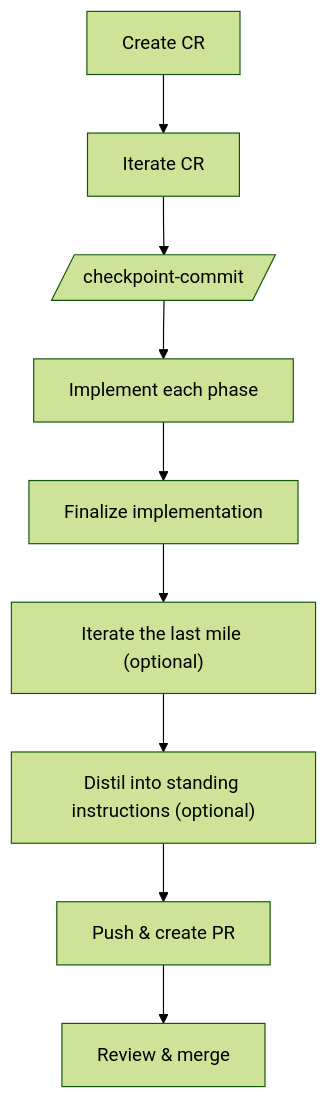
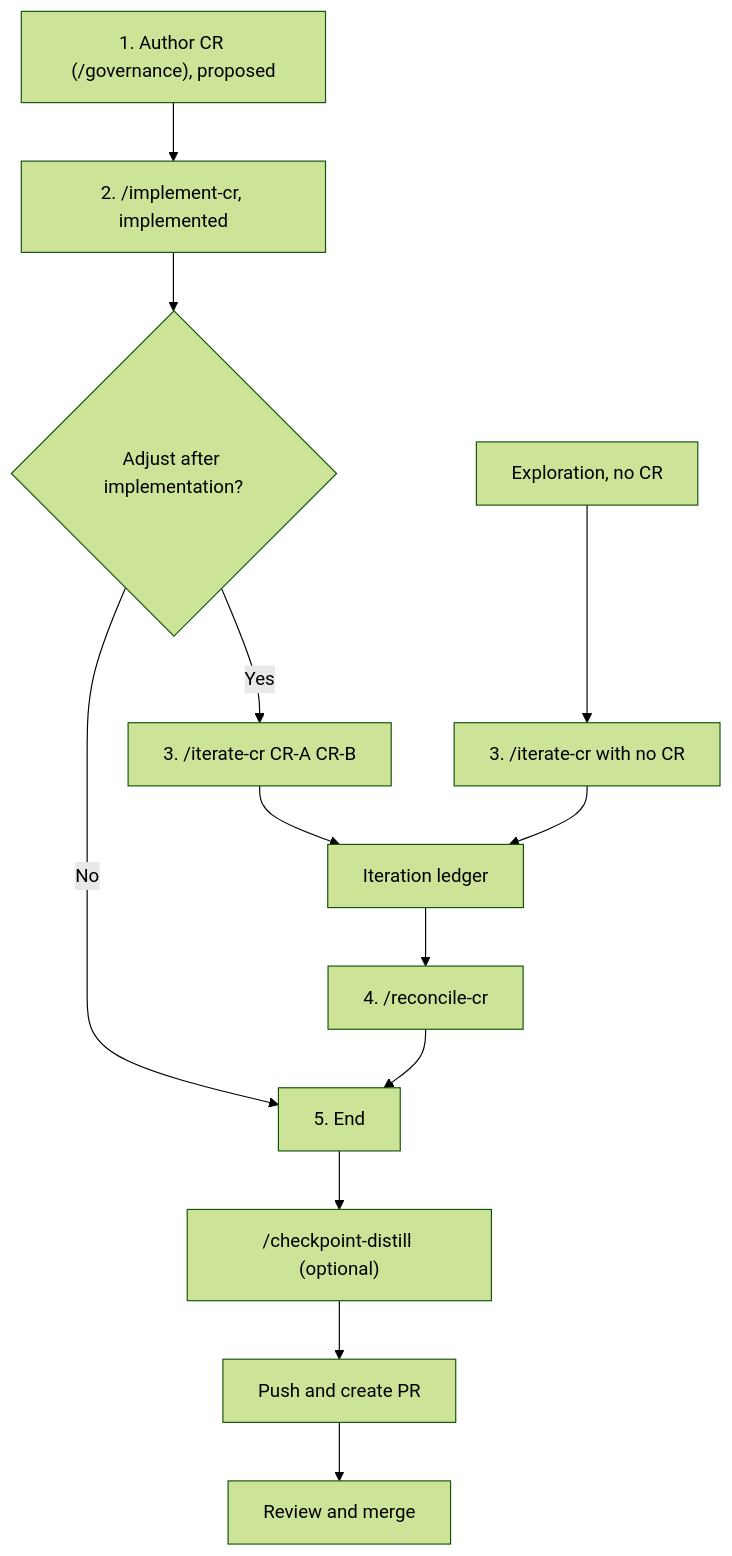
One commit to desek/governance changed the first of 3 diagrams in WORKFLOW.md. Above: the diagram before and after it, drawn with Mermaid (forest theme). The commit also changed other lines of this file and 43 other files, not shown here.

Commit message:
feat(governance)!: add iterate-cr and reconcile-cr lifecycle (#43)

````diff
--- a/WORKFLOW.md
+++ b/WORKFLOW.md
@@ -15,11 +17,15 @@
 ```mermaid
 flowchart TD
-    A[Create CR] --> B[Iterate CR]
-    B --> C[/checkpoint-commit/]
-    C --> D[Implement each phase]
-    D --> E[Finalize implementation]
-    E --> F["Iterate the last mile (optional)"]
-    F --> F2["Distil into standing instructions (optional)"]
-    F2 --> G[Push & create PR]
-    G --> H[Review & merge]
+    A["1. Author CR (/governance), proposed"] --> B["2. /implement-cr, implemented"]
+    B --> Q{"Adjust after implementation?"}
+    Q -->|No| E["5. End"]
+    Q -->|Yes| C["3. /iterate-cr CR-A CR-B"]
+    X["Exploration, no CR"] --> C0["3. /iterate-cr with no CR"]
+    C --> L["Iteration ledger"]
+    C0 --> L
+    L --> R["4. /reconcile-cr"]
+    R --> E
+    E --> D["/checkpoint-distill (optional)"]
+    D --> G[Push and create PR]
+    G --> H[Review and merge]
 ```
````
